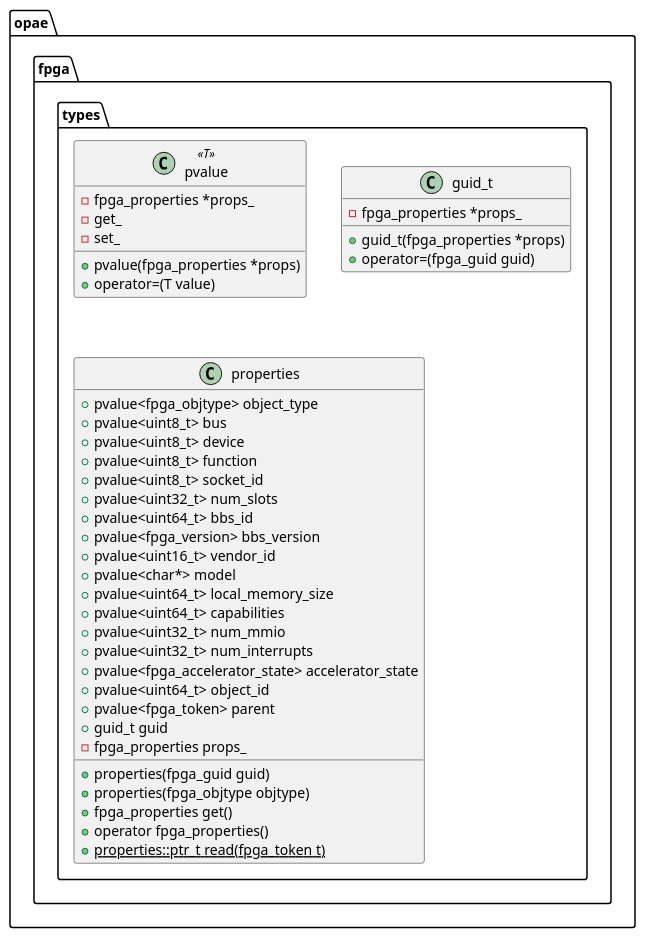
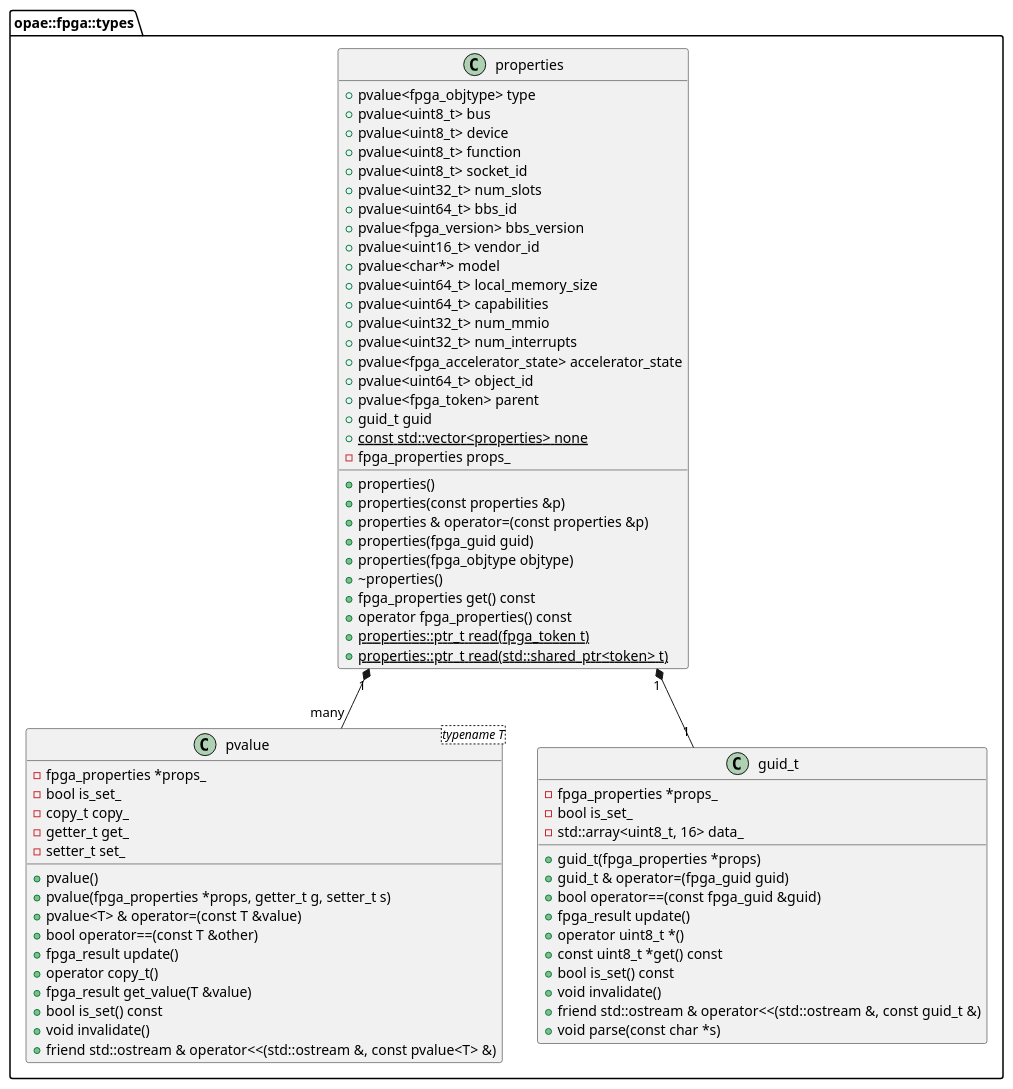
The first of 4 diagrams in doc/opae-c++/opaecxx.md (OFS/opae-sdk), drawn with PlantUML before and after one commit. The commit also changed other lines of this file, not shown here.

````diff
--- a/doc/opae-c++/opaecxx.md
+++ b/doc/opae-c++/opaecxx.md
@@ -48,46 +48,76 @@
 ```plantuml
 @startuml
-namespace opae.fpga.types {
+namespace opae::fpga::types {
 
-    class pvalue<< T >>{
+    class pvalue<typename T>{
         -fpga_properties *props_
-        -get_
-        -set_
-        +pvalue(fpga_properties *props)
-        +operator=(T value)
+        -bool is_set_
+        -copy_t copy_
+        -getter_t get_
+        -setter_t set_
+        +pvalue()
+        +pvalue(fpga_properties *props, getter_t g, setter_t s)
+        +pvalue<T> & operator=(const T &value)
+        +bool operator==(const T &other)
+        +fpga_result update()
+        +operator copy_t()
+        +fpga_result get_value(T &value)
+        +bool is_set() const
+        +void invalidate()
+        +friend std::ostream & operator<<(std::ostream &, const pvalue<T> &)
     }
     
     class guid_t {
         -fpga_properties *props_
+        -bool is_set_
+        -std::array<uint8_t, 16> data_
         +guid_t(fpga_properties *props)
-        +operator=(fpga_guid guid)
+        +guid_t & operator=(fpga_guid guid)
+        +bool operator==(const fpga_guid &guid)
+        +fpga_result update()
+        +operator uint8_t *()
+        +const uint8_t *get() const
+        +bool is_set() const
+        +void invalidate()
+        +friend std::ostream & operator<<(std::ostream &, const guid_t &)
+        +void parse(const char *s)
     }
 
     class properties {
-        +pvalue<fpga_objtype> object_type
+        +pvalue<fpga_objtype> type
         +pvalue<uint8_t> bus
         +pvalue<uint8_t> device
         +pvalue<uint8_t> function
         +pvalue<uint8_t> socket_id
         +pvalue<uint32_t> num_slots
         +pvalue<uint64_t> bbs_id
         +pvalue<fpga_version> bbs_version
         +pvalue<uint16_t> vendor_id
         +pvalue<char*> model
         +pvalue<uint64_t> local_memory_size
         +pvalue<uint64_t> capabilities
         +pvalue<uint32_t> num_mmio
         +pvalue<uint32_t> num_interrupts
         +pvalue<fpga_accelerator_state> accelerator_state
         +pvalue<uint64_t> object_id
         +pvalue<fpga_token> parent
         +guid_t guid
+        +{static} const std::vector<properties> none
+        +properties()
+        +properties(const properties &p)
+        +properties & operator=(const properties &p)
         +properties(fpga_guid guid)
         +properties(fpga_objtype objtype)
-        +fpga_properties get()
-        +operator fpga_properties()
+        +~properties()
+        +fpga_properties get() const
+        +operator fpga_properties() const
         +{static} properties::ptr_t read(fpga_token t)
+        +{static} properties::ptr_t read(std::shared_ptr<token> t)
         -fpga_properties props_
     }
+
+    properties "1" *-- "many" pvalue
+    properties "1" *-- "1" guid_t
 }
+@enduml
 ```
````
